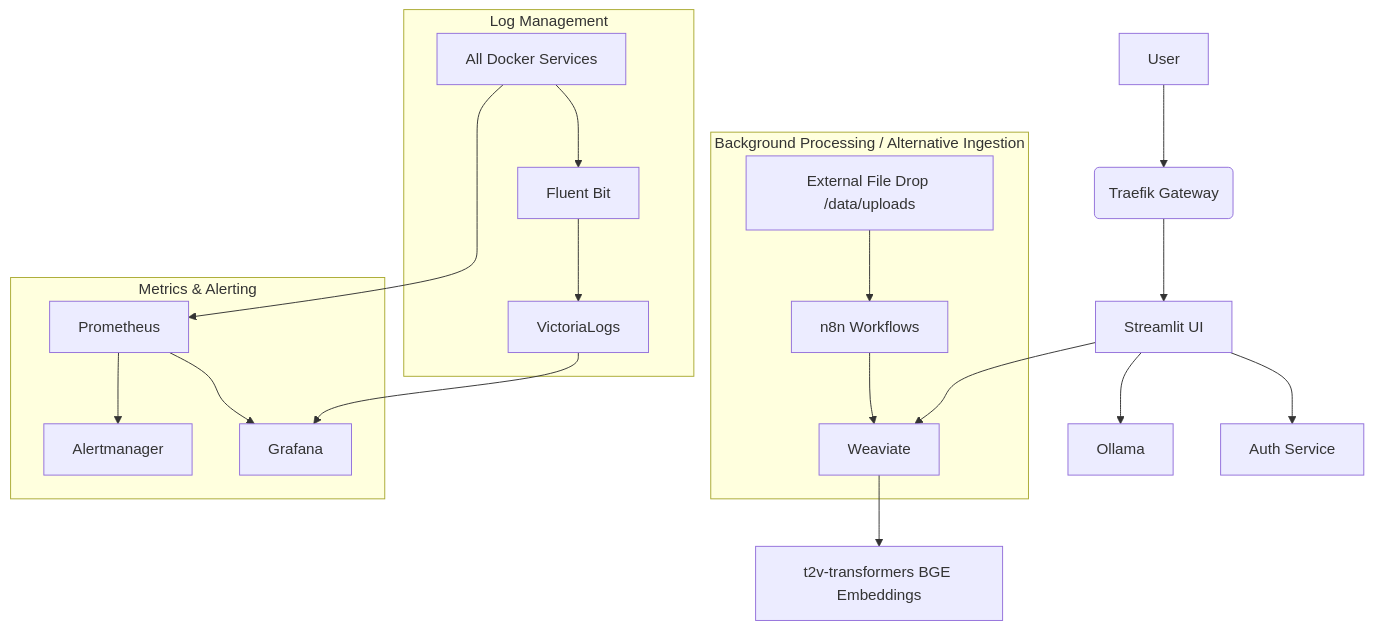
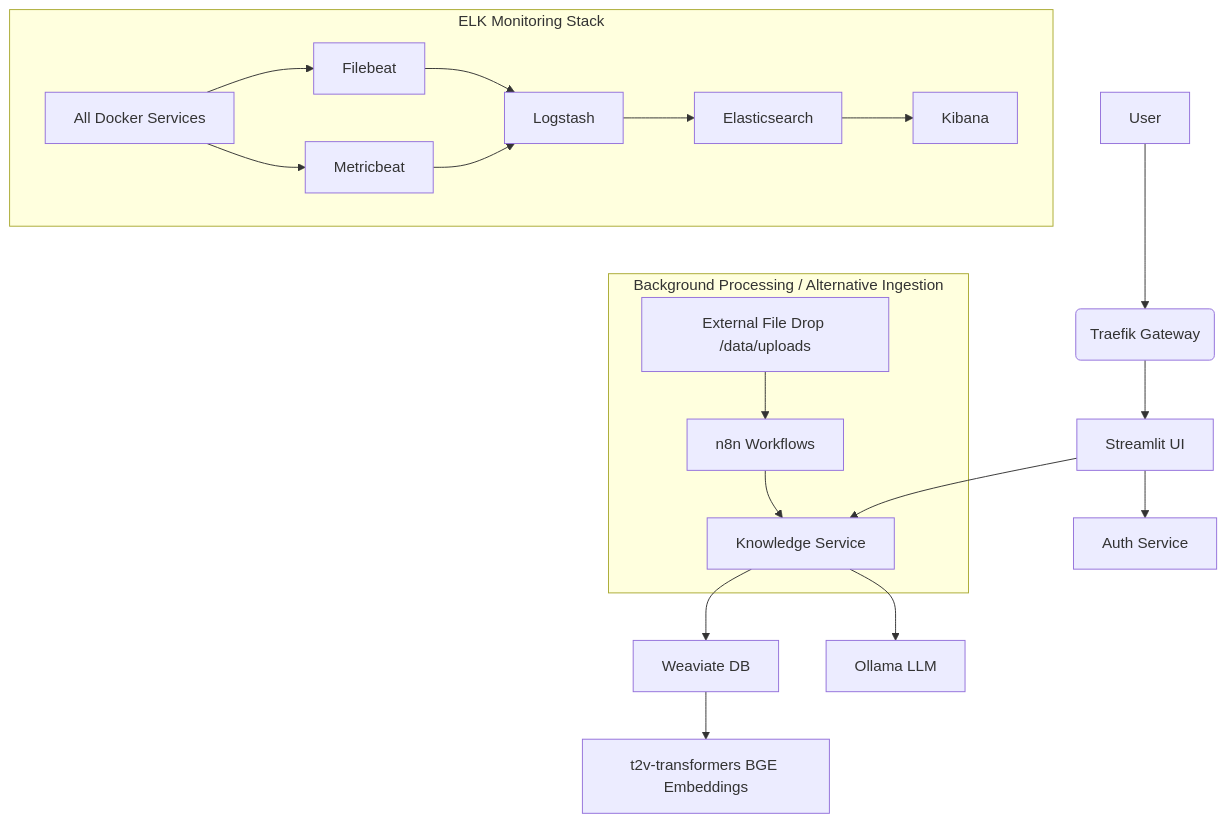
One commit to MiguelDelao/privategpt changed the diagram in PROJECT_STRUCTURE.md. Above: the diagram before and after it, drawn with Mermaid. The commit also changed other lines of this file and 13 other files, not shown here.

````diff
--- a/PROJECT_STRUCTURE.md
+++ b/PROJECT_STRUCTURE.md
@@ -138,28 +165,25 @@
 ```mermaid
 flowchart TD
     A[User] --> B(Traefik Gateway)
     B --> C[Streamlit UI]
     C --> D[Auth Service]
-    C --> E[Weaviate]
-    C --> F[Ollama]
+    C --> E[Knowledge Service]
+    E --> F[Weaviate DB]
+    E --> G[Ollama LLM]
     
     subgraph "Background Processing / Alternative Ingestion"
-        G[External File Drop /data/uploads] --> N8N[n8n Workflows]
-        N8N --> E
+        H[External File Drop /data/uploads] --> I[n8n Workflows]
+        I --> E
     end
 
-    E --> H[t2v-transformers BGE Embeddings]
+    F --> J[t2v-transformers BGE Embeddings]
     
-    subgraph "Log Management"
-        AllServices[All Docker Services] --> FB[Fluent Bit]
-        FB --> VL[VictoriaLogs]
+    subgraph "ELK Monitoring Stack"
+        AllServices[All Docker Services] --> K[Filebeat]
+        AllServices --> L[Metricbeat]
+        K --> M[Logstash]
+        L --> M
+        M --> N[Elasticsearch]
+        N --> O[Kibana]
     end
-    
-    subgraph "Metrics & Alerting"
-        AllServices --> P[Prometheus]
-        P --> GR[Grafana]
-        P --> AM[Alertmanager]
-    end
-
-    VL --> GR
 ```
````
